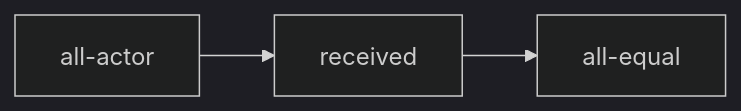
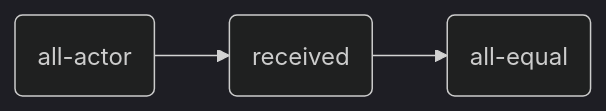
One commit to julianmendez/tiles changed the first of 2 diagrams in docs/README.md. Above: the diagram before and after it, drawn with Mermaid (dark theme). The commit also changed other lines of this file and 2 other files, not shown here.

````diff
--- a/docs/README.md
+++ b/docs/README.md
@@ -44,5 +44,5 @@
 ```mermaid
-graph LR;
-all-actor --> received;
-received --> all-equal;
+graph LR
+  all-actor(all-actor) --> received
+  received(received) --> all-equal(all-equal)
 ```
````
